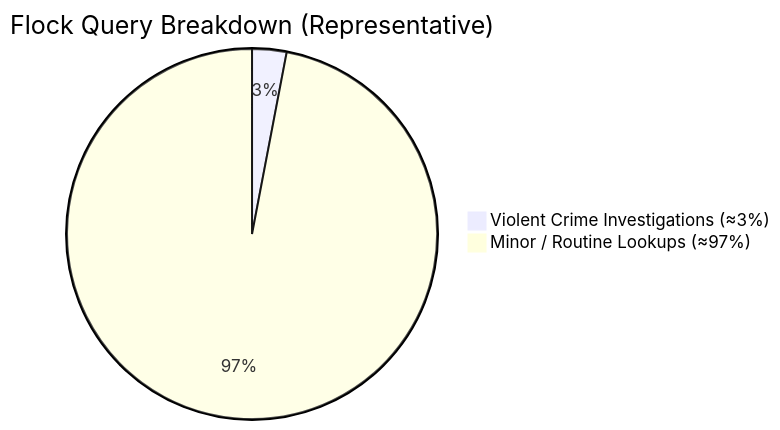
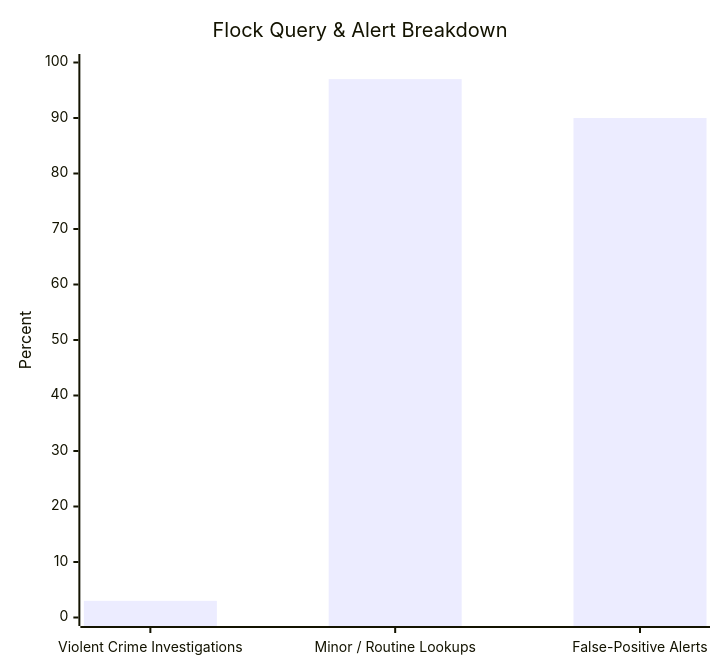
One commit to Codeholics/codeholics changed the diagram in content/beyond-flock-the-quiet-standardization of Mass Sureillance-(tldr).md. Above: the diagram before and after it, drawn with Mermaid.

Commit message:
Update beyond-flock-the-quiet-standardization of Mass Sureillance-(tldr).md

````diff
--- a/content/beyond-flock-the-quiet-standardization of Mass Sureillance-(tldr).md
+++ b/content/beyond-flock-the-quiet-standardization of Mass Sureillance-(tldr).md
@@ -52,6 +52,8 @@
 ```mermaid
-%% Pie chart: Flock Query Breakdown (Representative)
-pie title Flock Query Breakdown (Representative)
-  "Violent Crime Investigations (≈3%)" : 3
-  "Minor / Routine Lookups (≈97%)"    : 97
+%%{init: {"xyChart": {"height": 650}} }%%
+xychart-beta
+    title "Flock Query & Alert Breakdown"
+    x-axis ["Violent Crime Investigations", "Minor / Routine Lookups", "False-Positive Alerts"]
+    y-axis "Percent" 0 --> 100
+    bar [3, 97, 90]
 ```
````
